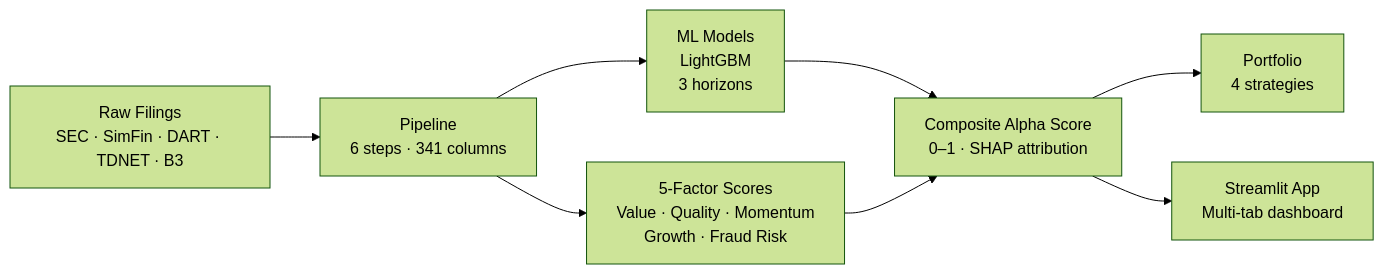
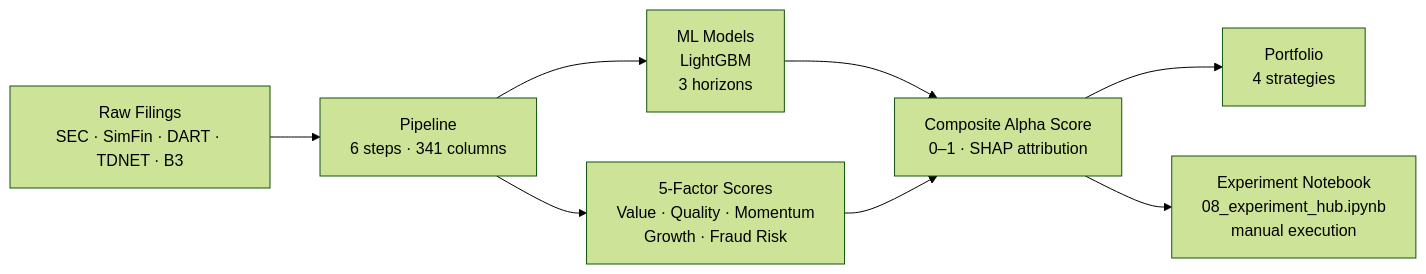
One commit to sherlock718/stock-fraud-screener changed the diagram in docs/index.md. Above: the diagram before and after it, drawn with Mermaid (forest theme). The commit also changed other lines of this file and 10 other files, not shown here.

First line of the commit message:
docs(arch): replace Streamlit with experiment notebook as declared frontend

````diff
--- a/docs/index.md
+++ b/docs/index.md
@@ -71,10 +71,10 @@
 ```mermaid
 graph LR
     A["Raw Filings<br/>SEC · SimFin · DART · TDNET · B3"] --> B["Pipeline<br/>6 steps · 341 columns"]
     B --> C["ML Models<br/>LightGBM<br/>3 horizons"]
     B --> D["5-Factor Scores<br/>Value · Quality · Momentum<br/>Growth · Fraud Risk"]
     C --> E["Composite Alpha Score<br/>0–1 · SHAP attribution"]
     D --> E
     E --> F["Portfolio<br/>4 strategies"]
-    E --> G["Streamlit App<br/>Multi-tab dashboard"]
+    E --> G["Experiment Notebook<br/>08_experiment_hub.ipynb<br/>manual execution"]
 ```
````
